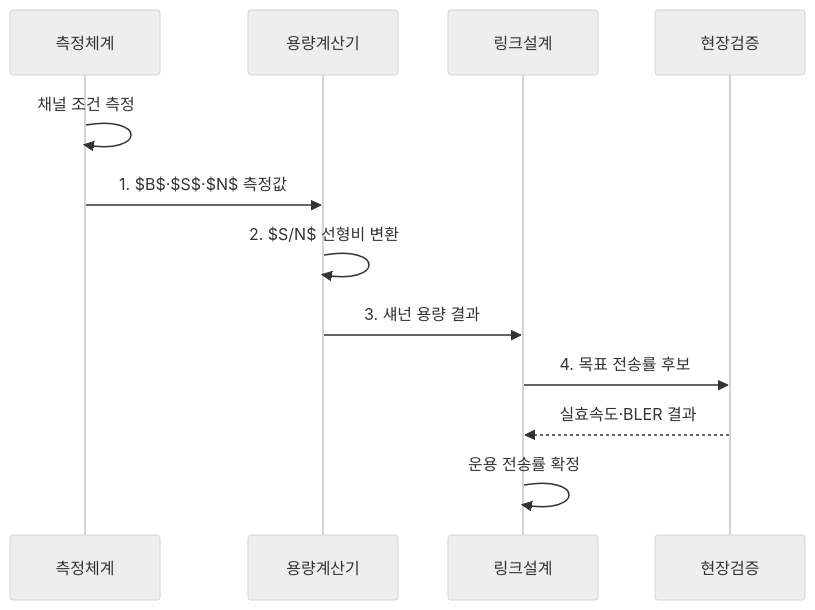
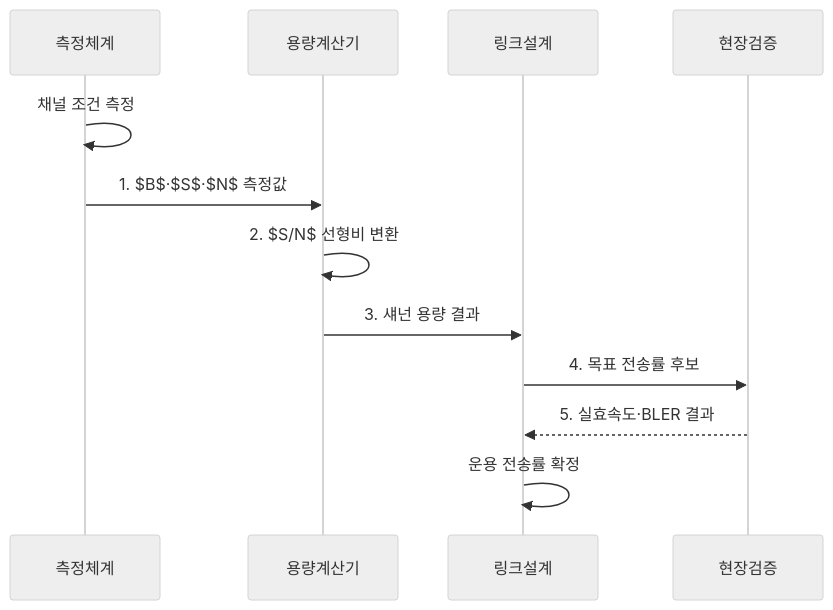
The second of 2 diagrams in src/content/docs/notes/04-network/065_shannon_channel_capacity.md (agnusdei1207/knowledge-base), drawn with Mermaid (neutral theme) before and after one commit. The commit also changed other lines of this file and 9 other files, not shown here.

````diff
--- a/src/content/docs/notes/04-network/065_shannon_channel_capacity.md
+++ b/src/content/docs/notes/04-network/065_shannon_channel_capacity.md
@@ -103,14 +104,14 @@
 ```mermaid
 sequenceDiagram
     participant 측정체계
     participant 용량계산기
     participant 링크설계
     participant 현장검증
     측정체계->>측정체계: 채널 조건 측정
     측정체계->>용량계산기: 1. $B$·$S$·$N$ 측정값
     용량계산기->>용량계산기: 2. $S/N$ 선형비 변환
     용량계산기->>링크설계: 3. 섀넌 용량 결과
     링크설계->>현장검증: 4. 목표 전송률 후보
-    현장검증-->>링크설계: 실효속도·BLER 결과
+    현장검증-->>링크설계: 5. 실효속도·BLER 결과
     링크설계->>링크설계: 운용 전송률 확정
 ```
````
